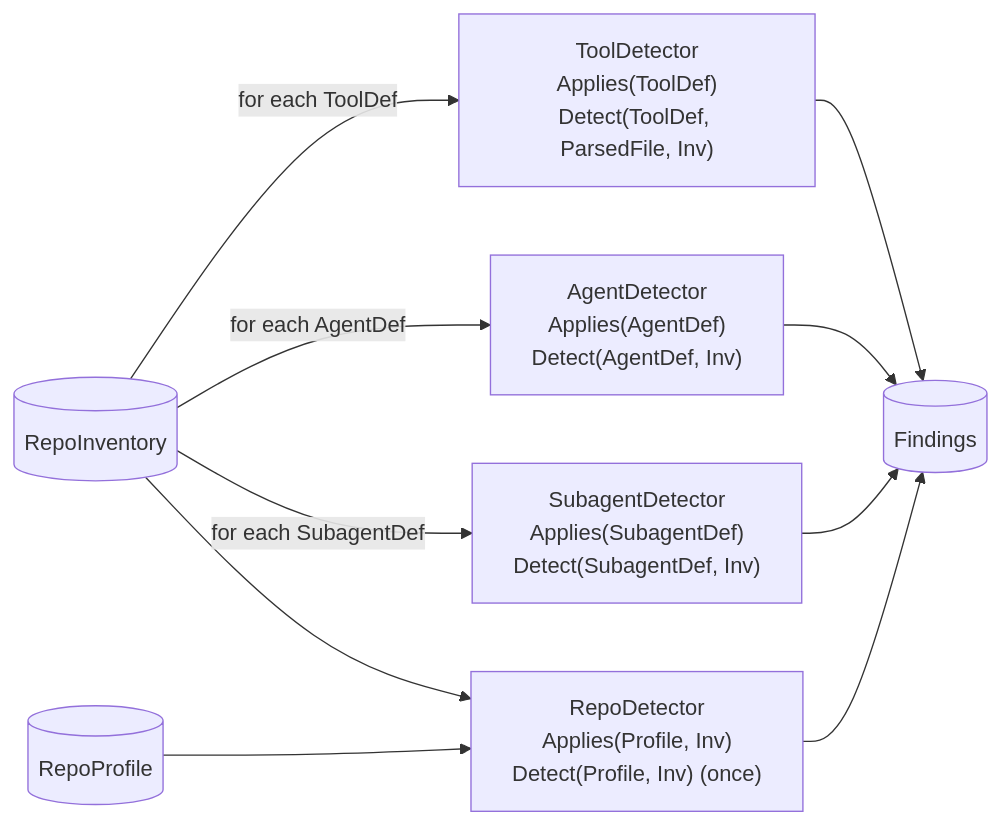
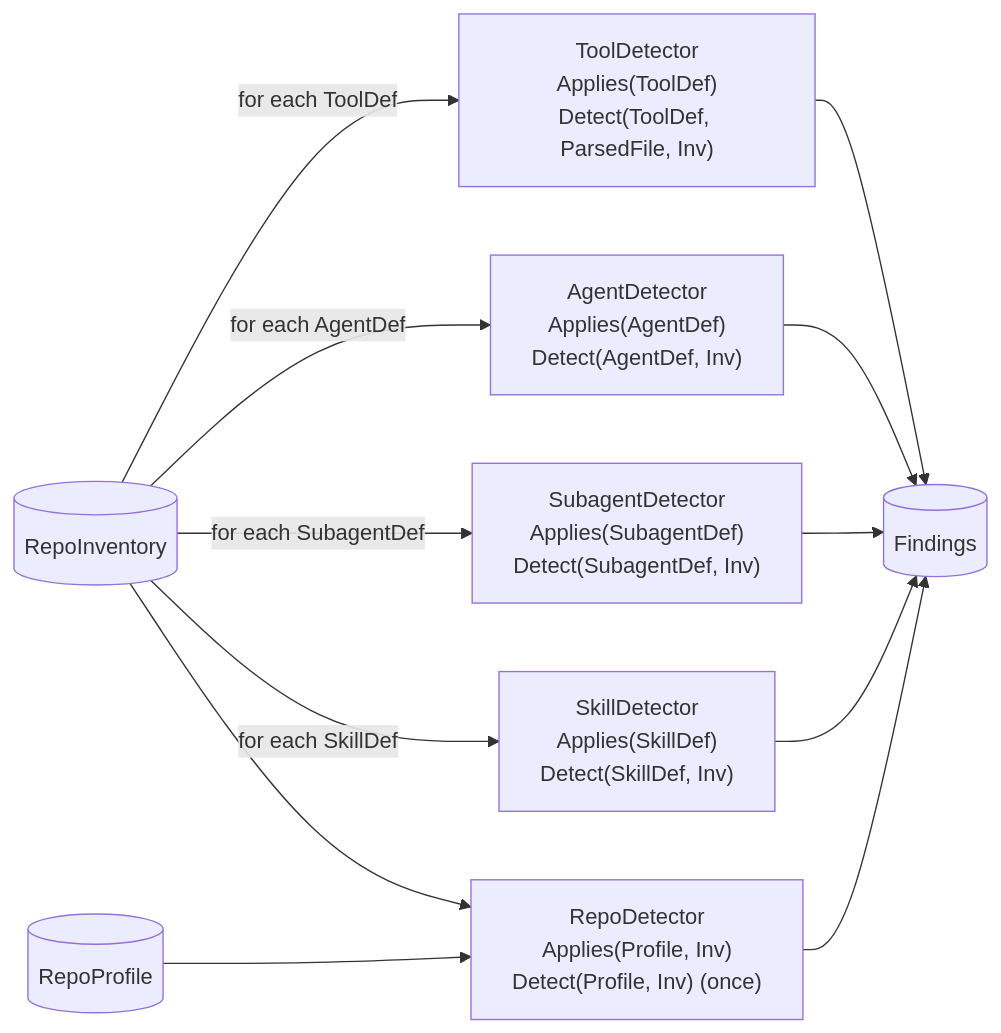
One commit to trustabl/trustabl changed the second of 4 diagrams in ARCHITECTURE.md. Above: the diagram before and after it, drawn with Mermaid. The commit also changed other lines of this file and 1 other file, not shown here.

First line of the commit message:
docs: document the skill scope + claude_skill rule pack

````diff
--- a/ARCHITECTURE.md
+++ b/ARCHITECTURE.md
@@ -256,16 +256,18 @@
 ```mermaid
 flowchart LR
     inv[("RepoInventory")]
     profile[("RepoProfile")]
 
     inv -- "for each ToolDef" --> tool["ToolDetector<br/>Applies(ToolDef)<br/>Detect(ToolDef, ParsedFile, Inv)"]
     inv -- "for each AgentDef" --> agent["AgentDetector<br/>Applies(AgentDef)<br/>Detect(AgentDef, Inv)"]
     inv -- "for each SubagentDef" --> subagent["SubagentDetector<br/>Applies(SubagentDef)<br/>Detect(SubagentDef, Inv)"]
+    inv -- "for each SkillDef" --> skill["SkillDetector<br/>Applies(SkillDef)<br/>Detect(SkillDef, Inv)"]
     profile --> repo["RepoDetector<br/>Applies(Profile, Inv)<br/>Detect(Profile, Inv) (once)"]
     inv --> repo
 
     tool --> f[("Findings")]
     agent --> f
     subagent --> f
+    skill --> f
     repo --> f
 ```
````
